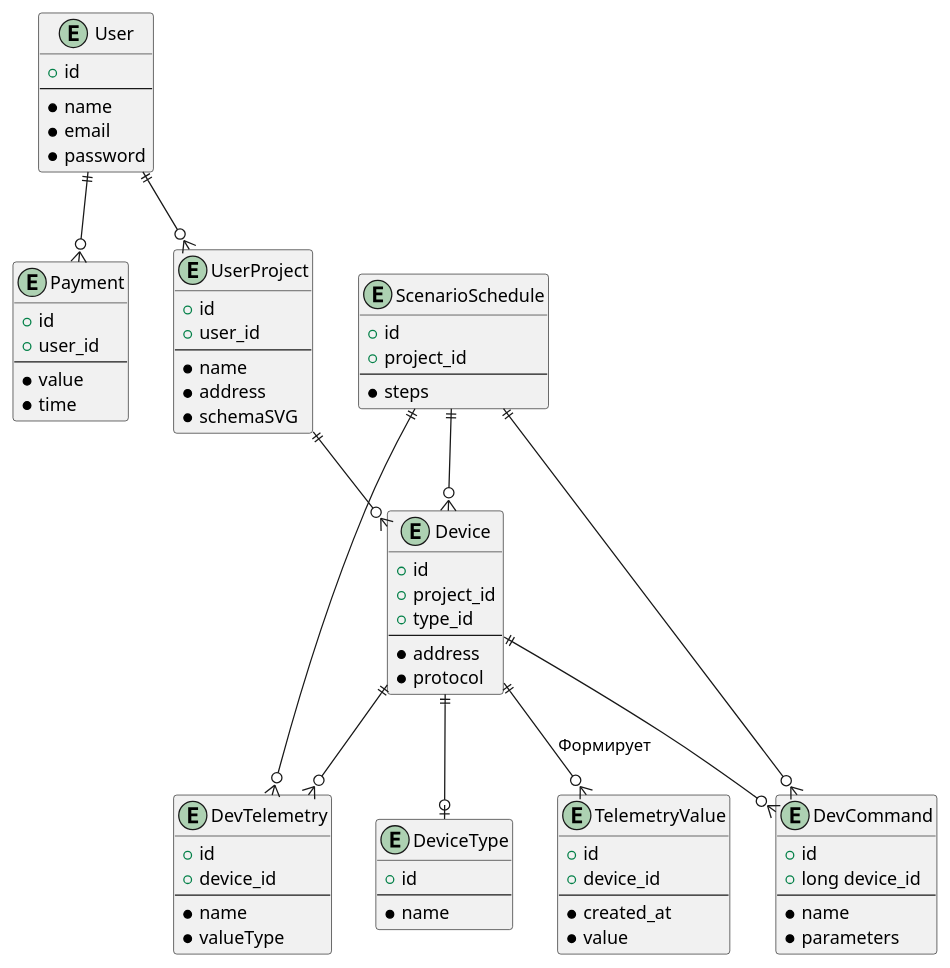
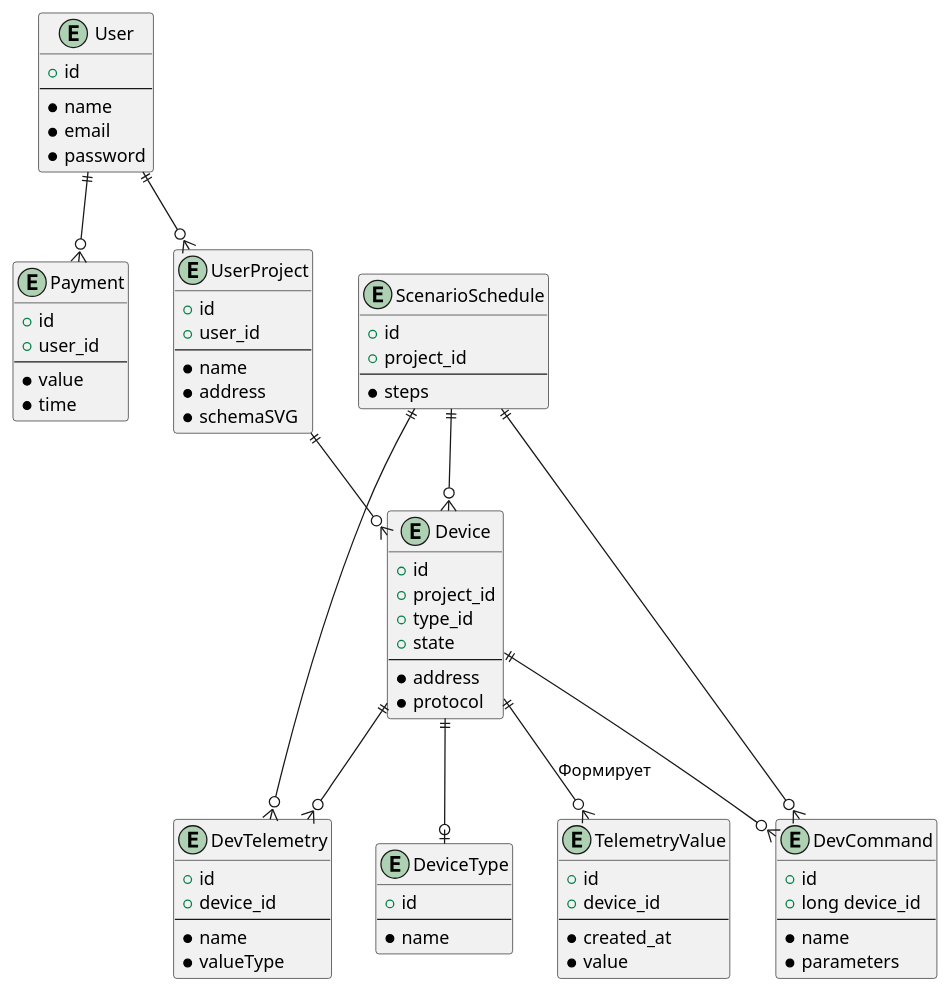
One commit to Rzr18/arhitecture-sprint-3 changed the diagram in С4/microservices-erd.puml. Above: the diagram before and after it, drawn with PlantUML. The commit also changed 8 other files, not shown here.

```diff
--- a/С4/microservices-erd.puml
+++ b/С4/microservices-erd.puml
@@ -1,89 +1,90 @@
 @startuml
 entity User {
     + id
     --
     * name
     * email
     * password
 }
 
 entity Payment{
     + id
     + user_id
     --
     * value
     * time
 }
 
 entity UserProject {
     + id
     + user_id
     --
     * name
     * address
     * schemaSVG
 }
 
 entity Device {
     + id
     + project_id
     + type_id
+    + state 
     --
     * address
     * protocol
     }
 
 entity DevTelemetry{
     +id
     +device_id
     --
     *name
     *valueType
 }
 
 entity DevCommand{
     +id
     +long device_id
     --
     *name
     *parameters
 }
 
 entity DeviceType {
     + id 
     --
     * name 
 }
 
 entity TelemetryValue {
     + id
     + device_id
     --
     * created_at
     * value
 }
 
 
 entity ScenarioSchedule {
     + id 
     + project_id
     --
     * steps
 }
 
 UserProject ||--o{    Device
 
 Device ||--o| DeviceType
 Device ||--o{ DevTelemetry
 Device ||--o{ DevCommand
 Device ||--o{ TelemetryValue : "Формирует"
 
 ScenarioSchedule ||--o{    DevCommand
 ScenarioSchedule ||--o{    DevTelemetry
 ScenarioSchedule ||--o{    Device
 
 User ||--o{    UserProject
 
 User ||--o{ Payment 
 
 @enduml
```
